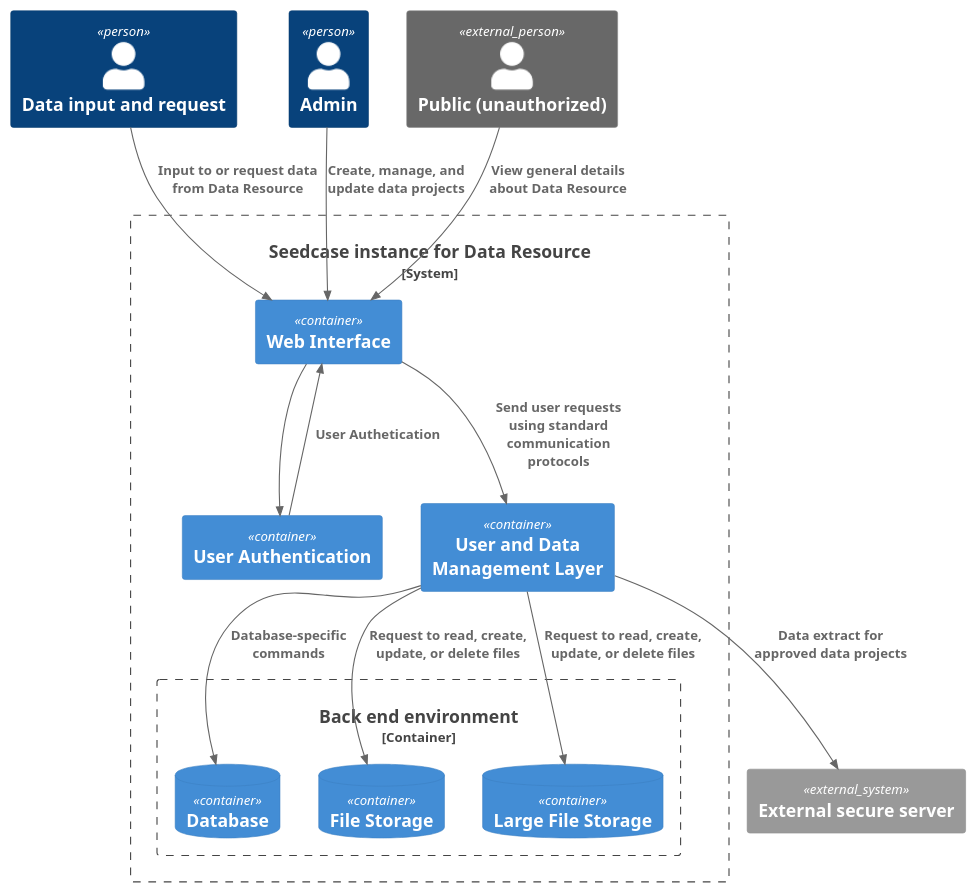
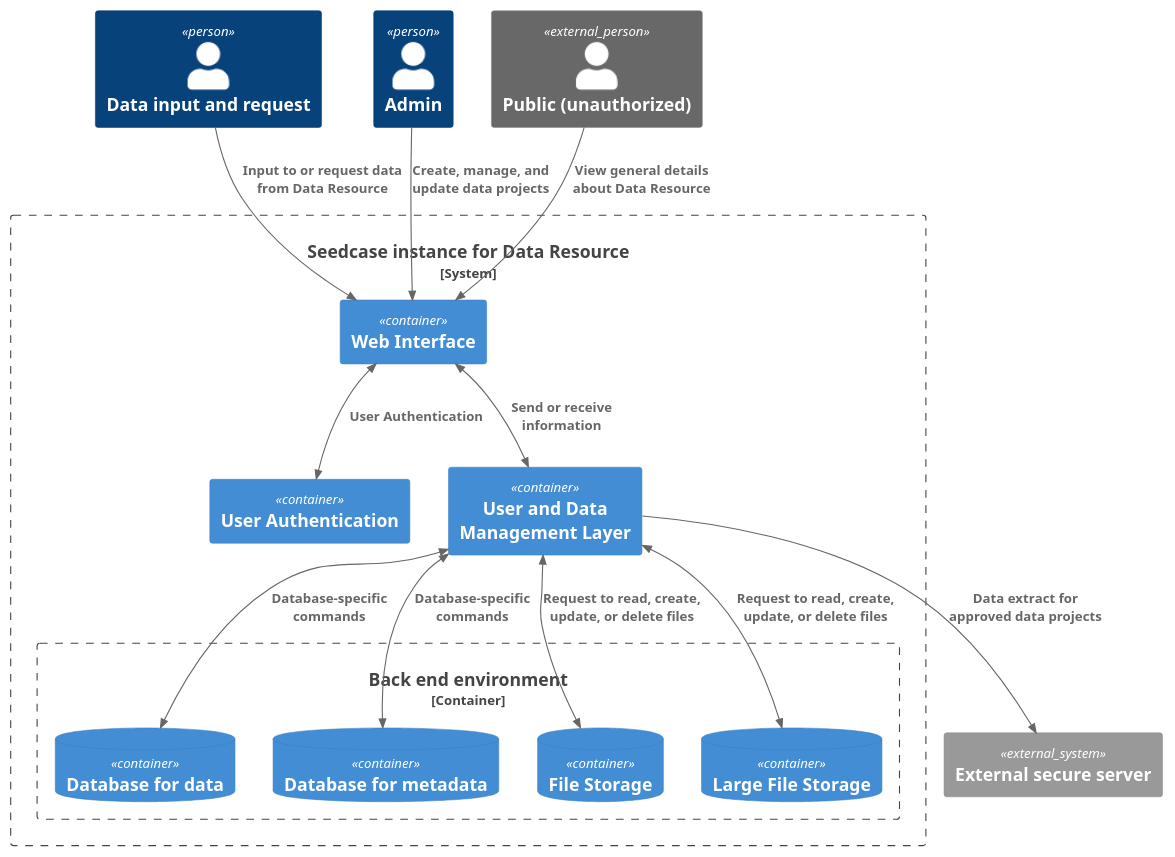
Before and after one commit to seedcase-project/seedcase-website: the diagram in design/images/container.puml, drawn with PlantUML.

Commit message:
Update the container diagram puml using latest version

```diff
--- a/design/images/container.puml
+++ b/design/images/container.puml
@@ -1,32 +1,34 @@
-@startuml
+@startuml c4-container
+' Container diagram showing overview of Seedcase
 !include https://raw.githubusercontent.com/plantuml-stdlib/C4-PlantUML/master/C4_Container.puml
 
 Person(user_request_input, "Data input and request")
 Person(user_admin, "Admin")
 Person_Ext(user_public, "Public (unauthorized)")
 
 System_Boundary(seedcase, "Seedcase instance for Data Resource") {
   Container(web_framework, "Web Interface")
   Container(id_authentication, "User Authentication")
   Container(management, "User and Data Management Layer")
 
   Container_Boundary(backend, "Back end environment") {
-    ContainerDb(backend_database, "Database")
+    ContainerDb(backend_database_data, "Database for data")
+    ContainerDb(backend_database_metadata, "Database for metadata")
     ContainerDb(backend_file_storage, "File Storage")
     ContainerDb(backend_large_file_storage, "Large File Storage")
   }
 }
 System_Ext(external_server, "External secure server")
 
 Rel(user_public, web_framework, "View general details about Data Resource")
 Rel(user_request_input, web_framework, "Input to or request data from Data Resource")
 Rel(user_admin, web_framework, "Create, manage, and update data projects")
-Rel(id_authentication, web_framework, "User Authetication")
-Rel(web_framework, id_authentication, "")
-Rel(web_framework, management, "Send user requests using standard communication protocols")
-Rel(management, backend_database, "Database-specific commands")
-Rel(management, backend_file_storage, "Request to read, create, update, or delete files")
-Rel(management, backend_large_file_storage, "Request to read, create, update, or delete files")
+BiRel(web_framework, id_authentication, "User Authentication")
+BiRel(web_framework, management, "Send or receive information")
+BiRel(management, backend_database_data, "Database-specific commands")
+BiRel(management, backend_database_metadata, "Database-specific commands")
+BiRel(management, backend_file_storage, "Request to read, create, update, or delete files")
+BiRel(management, backend_large_file_storage, "Request to read, create, update, or delete files")
 Rel(management, external_server, "Data extract for approved data projects")
 
 @enduml
```
